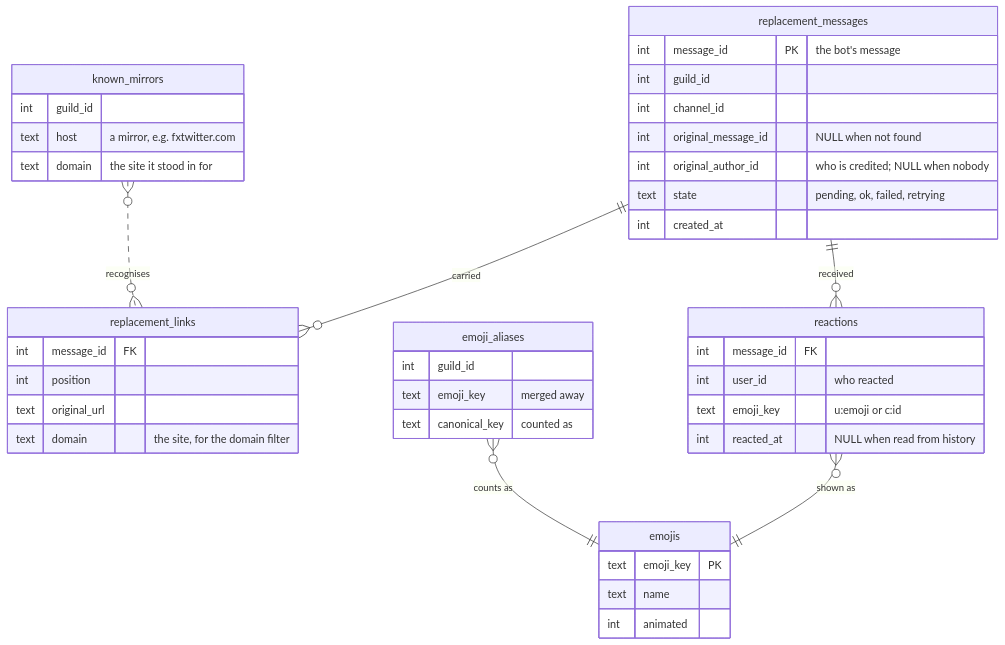
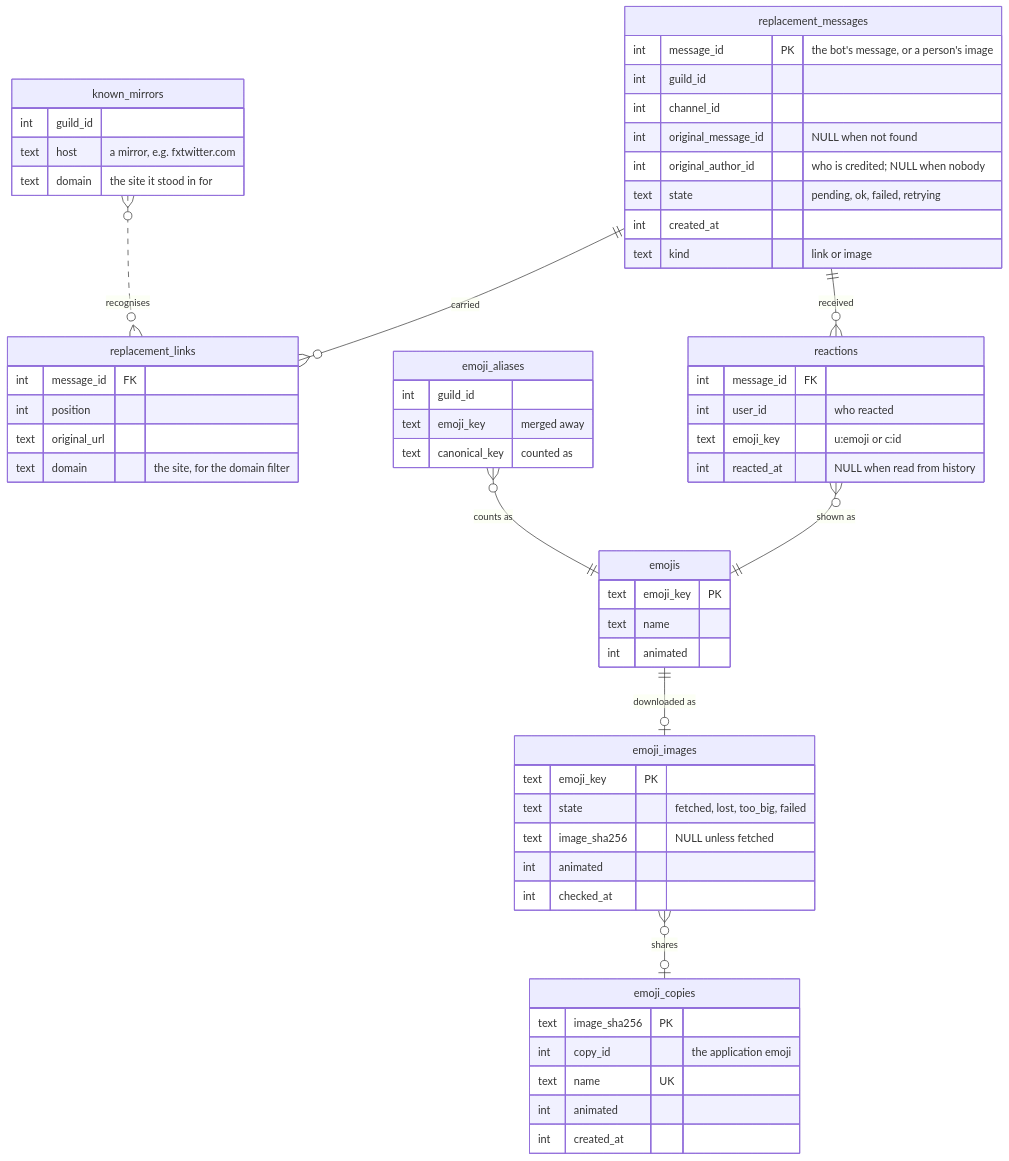
Before and after one commit to mhorn00/LatiBot-cpp: the first of 2 diagrams in docs/features/Link_Stats.md, drawn with Mermaid. The commit also changed other lines of this file and 6 other files, not shown here.

First line of the commit message:
docs(linkstats): image reactions and emoji copies, as built

````diff
--- a/docs/features/Link_Stats.md
+++ b/docs/features/Link_Stats.md
@@ -51,45 +54,62 @@
 ```mermaid
 erDiagram
     replacement_messages ||--o{ replacement_links : "carried"
     replacement_messages ||--o{ reactions : "received"
     reactions }o--|| emojis : "shown as"
     emoji_aliases }o--|| emojis : "counts as"
     known_mirrors }o..o{ replacement_links : "recognises"
+    emojis ||--o| emoji_images : "downloaded as"
+    emoji_images }o--o| emoji_copies : "shares"
 
     replacement_messages {
-        int message_id PK "the bot's message"
+        int message_id PK "the bot's message, or a person's image"
         int guild_id
         int channel_id
         int original_message_id "NULL when not found"
         int original_author_id "who is credited; NULL when nobody"
         text state "pending, ok, failed, retrying"
         int created_at
+        text kind "link or image"
     }
     replacement_links {
         int message_id FK
         int position
         text original_url
         text domain "the site, for the domain filter"
     }
     reactions {
         int message_id FK
         int user_id "who reacted"
         text emoji_key "u:emoji or c:id"
         int reacted_at "NULL when read from history"
     }
     emojis {
         text emoji_key PK
         text name
         int animated
     }
     emoji_aliases {
         int guild_id
         text emoji_key "merged away"
         text canonical_key "counted as"
     }
     known_mirrors {
         int guild_id
         text host "a mirror, e.g. fxtwitter.com"
         text domain "the site it stood in for"
     }
+    emoji_images {
+        text emoji_key PK
+        text state "fetched, lost, too_big, failed"
+        text image_sha256 "NULL unless fetched"
+        int animated
+        int checked_at
+    }
+    emoji_copies {
+        text image_sha256 PK
+        int copy_id "the application emoji"
+        text name UK
+        int animated
+        int created_at
+    }
 ```
````
